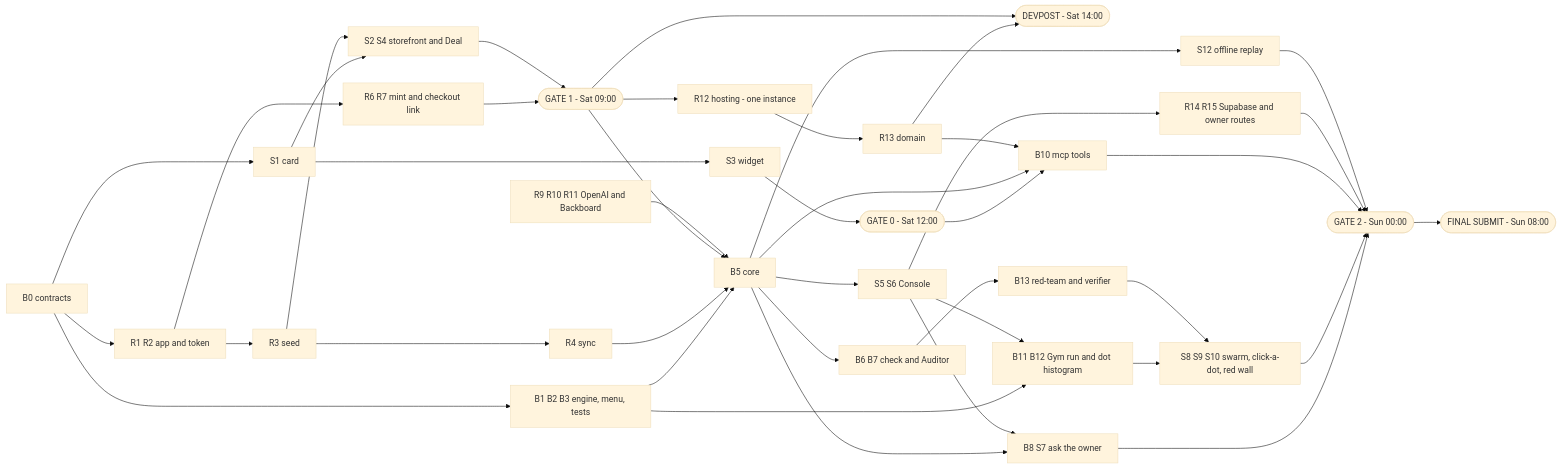
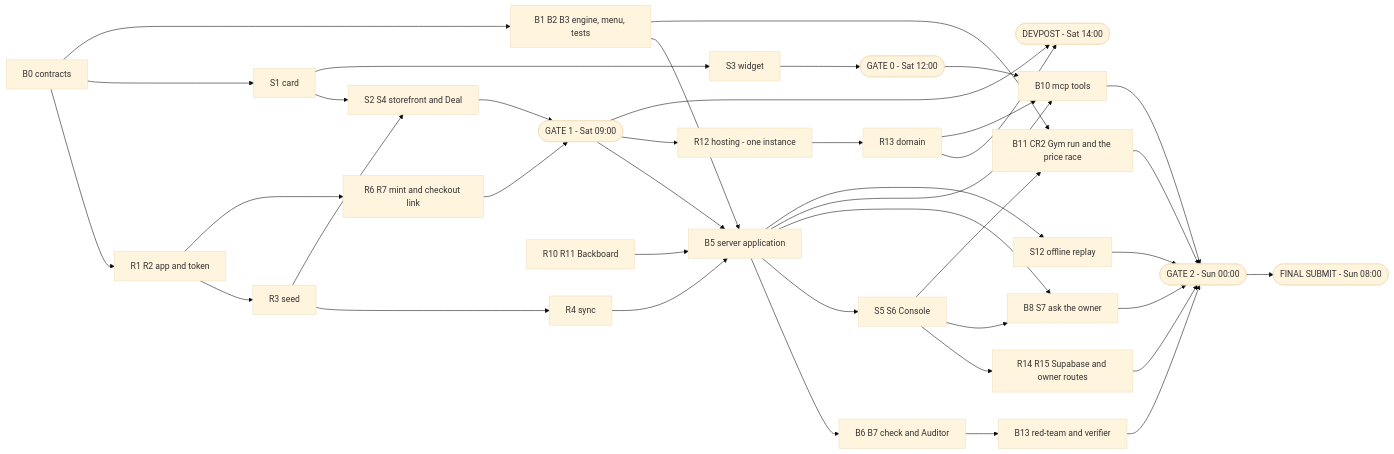
One commit to Maristanez/bazaar changed the diagram in docs/PLAN.md. Above: the diagram before and after it, drawn with Mermaid (base theme). The commit also changed other lines of this file and 13 other files, not shown here.

````diff
--- a/docs/PLAN.md
+++ b/docs/PLAN.md
@@ -477,71 +462,69 @@
 ```mermaid
 flowchart LR
   CT["B0 contracts"]
   TOK["R1 R2 app and token"]
   SEED["R3 seed"]
   SYNC["R4 sync"]
   MINT["R6 R7 mint and checkout link"]
   CARD["S1 card"]
   SF["S2 S4 storefront and Deal"]
   G1(["GATE 1 - Sat 09:00"])
   ENG["B1 B2 B3 engine, menu, tests"]
-  CORE["B5 core"]
+  CORE["B5 server application"]
   CHK["B6 B7 check and Auditor"]
-  LLM["R9 R10 R11 OpenAI and Backboard"]
+  LLM["R10 R11 Backboard"]
   HOST["R12 hosting - one instance"]
   DOM["R13 domain"]
   WID["S3 widget"]
   G0(["GATE 0 - Sat 12:00"])
   DP(["DEVPOST - Sat 14:00"])
   CON["S5 S6 Console"]
   SUPA["R14 R15 Supabase and owner routes"]
   ASK["B8 S7 ask the owner"]
-  GYM["B11 B12 Gym run and dot histogram"]
-  SWARM["S8 S9 S10 swarm, click-a-dot, red wall"]
+  GYM["B11 CR2 Gym run and the price race"]
   RT["B13 red-team and verifier"]
   MCP["B10 mcp tools"]
   REP["S12 offline replay"]
   G2(["GATE 2 - Sun 00:00"])
   SUB(["FINAL SUBMIT - Sun 08:00"])
 
   CT --> TOK
   CT --> CARD
   CT --> ENG
   TOK --> SEED
   SEED --> SYNC
   TOK --> MINT
   CARD --> SF
   MINT --> G1
   SF --> G1
   SEED --> SF
   CARD --> WID
   WID --> G0
   ENG --> CORE
   SYNC --> CORE
   G1 --> CORE
   LLM --> CORE
   CORE --> CHK
   G1 --> HOST
   HOST --> DOM
   DOM --> DP
   G1 --> DP
   CORE --> CON
   CON --> SUPA
   CORE --> ASK
   CON --> ASK
   ENG --> GYM
   CON --> GYM
-  GYM --> SWARM
   CHK --> RT
-  RT --> SWARM
+  RT --> G2
   G0 --> MCP
   CORE --> MCP
   DOM --> MCP
   CORE --> REP
   ASK --> G2
-  SWARM --> G2
+  GYM --> G2
   MCP --> G2
   SUPA --> G2
   REP --> G2
   G2 --> SUB
 ```
````
